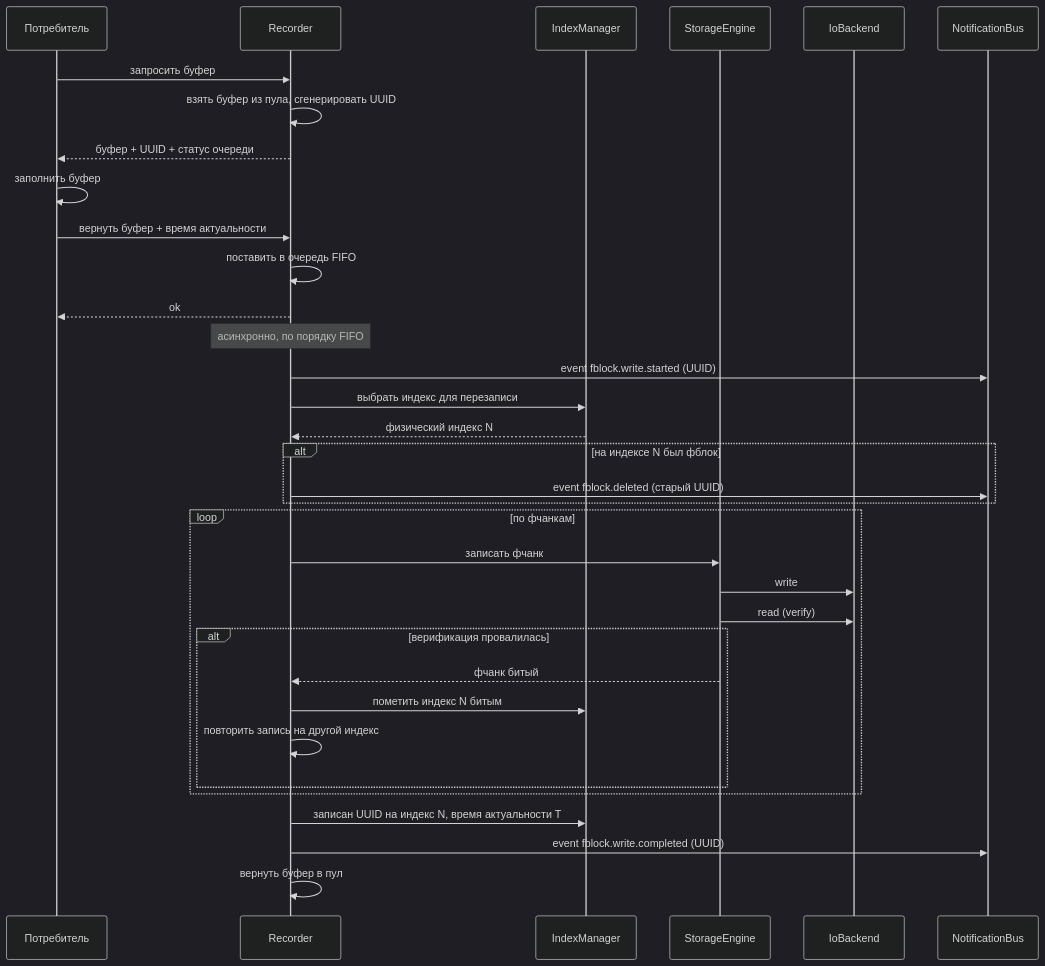
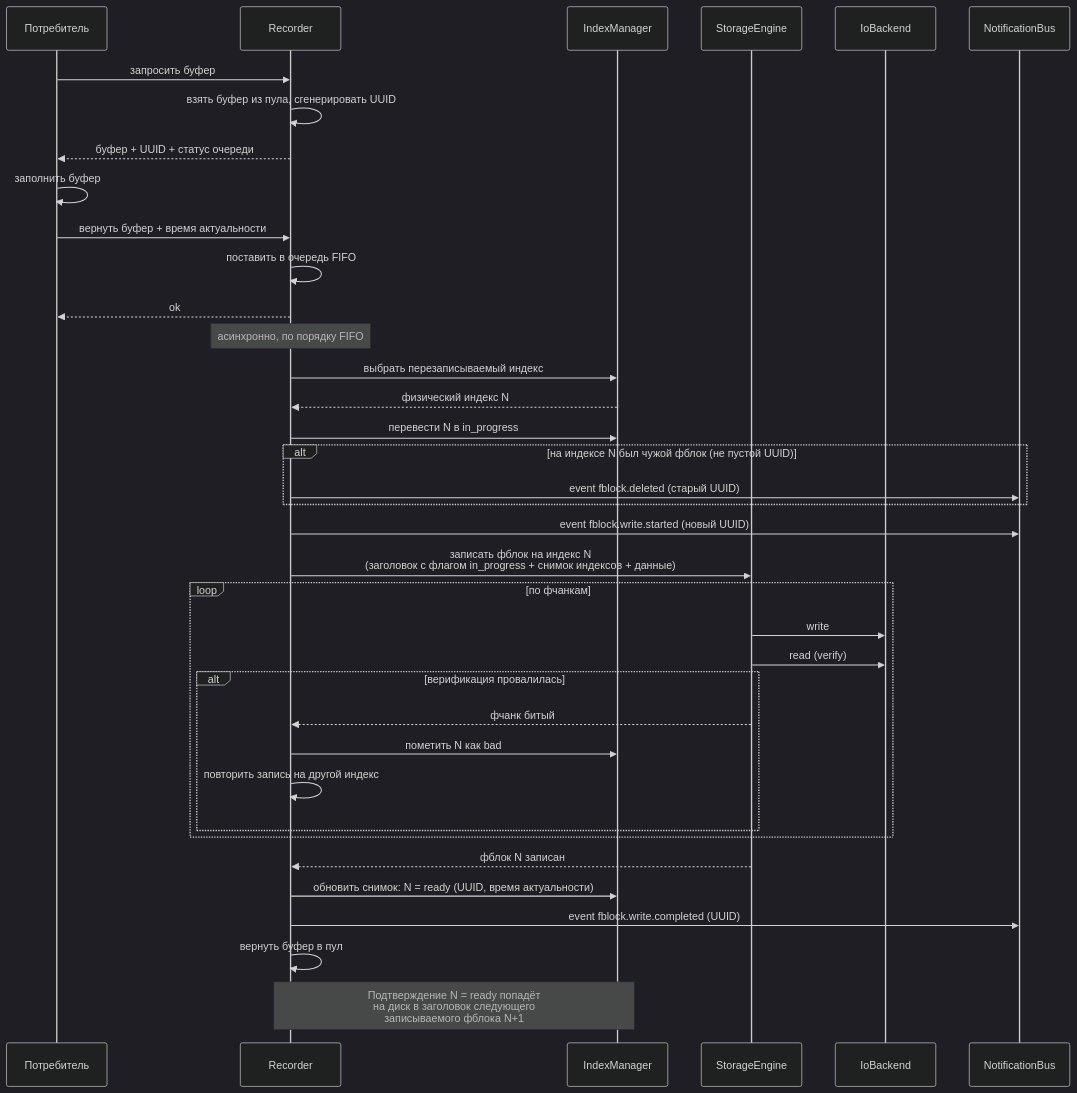
One commit to traycers/farc changed the fourth of 5 diagrams in docs/docs/archive/01-storage.md. Above: the diagram before and after it, drawn with Mermaid (dark theme). The commit also changed other lines of this file and 1 other file, not shown here.

````diff
--- a/docs/docs/archive/01-storage.md
+++ b/docs/docs/archive/01-storage.md
@@ -283,42 +293,47 @@
 ```mermaid
 sequenceDiagram
     participant C as Потребитель
     participant R as Recorder
     participant IM as IndexManager
     participant SE as StorageEngine
     participant IO as IoBackend
     participant NB as NotificationBus
 
     C->>R: запросить буфер
     R->>R: взять буфер из пула, сгенерировать UUID
     R-->>C: буфер + UUID + статус очереди
 
     C->>C: заполнить буфер
     C->>R: вернуть буфер + время актуальности
     R->>R: поставить в очередь FIFO
     R-->>C: ok
 
     Note over R: асинхронно, по порядку FIFO
-    R->>NB: event fblock.write.started (UUID)
-    R->>IM: выбрать индекс для перезаписи
+    R->>IM: выбрать перезаписываемый индекс
     IM-->>R: физический индекс N
+    R->>IM: перевести N в in_progress
 
-    alt на индексе N был фблок
+    alt на индексе N был чужой фблок (не пустой UUID)
         R->>NB: event fblock.deleted (старый UUID)
     end
 
+    R->>NB: event fblock.write.started (новый UUID)
+    R->>SE: записать фблок на индекс N<br/>(заголовок с флагом in_progress + снимок индексов + данные)
+
     loop по фчанкам
-        R->>SE: записать фчанк
         SE->>IO: write
         SE->>IO: read (verify)
         alt верификация провалилась
             SE-->>R: фчанк битый
-            R->>IM: пометить индекс N битым
+            R->>IM: пометить N как bad
             R->>R: повторить запись на другой индекс
         end
     end
 
-    R->>IM: записан UUID на индекс N, время актуальности T
+    SE-->>R: фблок N записан
+    R->>IM: обновить снимок: N = ready (UUID, время актуальности)
     R->>NB: event fblock.write.completed (UUID)
     R->>R: вернуть буфер в пул
+
+    Note over R,IM: Подтверждение N = ready попадёт<br/>на диск в заголовок следующего<br/>записываемого фблока N+1
 ```
````
